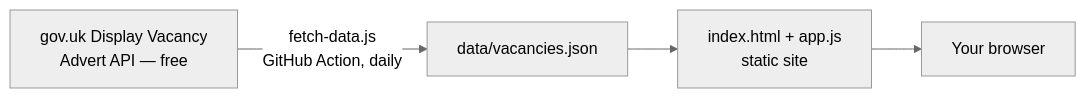
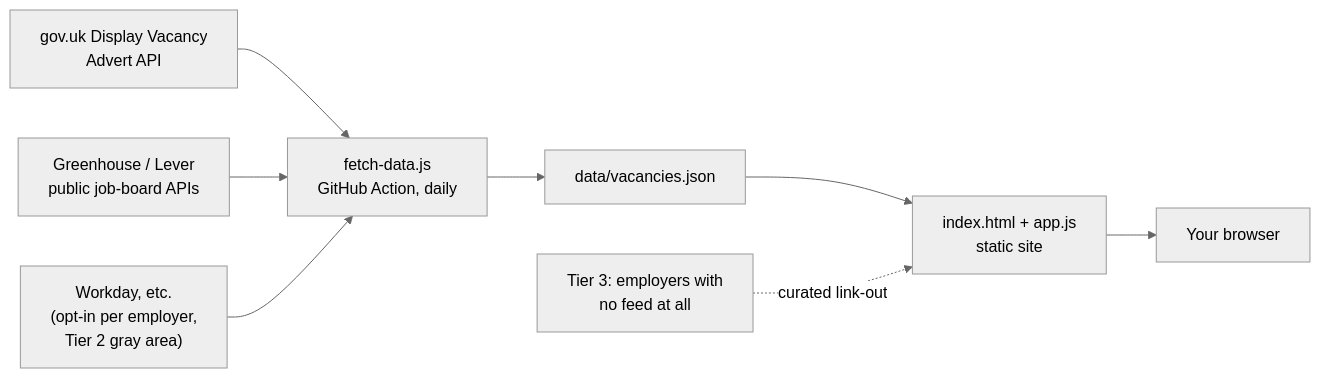
One commit to RobT8/testground changed the diagram in apprenticeship-board/README.md. Above: the diagram before and after it, drawn with Mermaid (neutral theme). The commit also changed other lines of this file and 8 other files, not shown here.

````diff
--- a/apprenticeship-board/README.md
+++ b/apprenticeship-board/README.md
@@ -30,6 +48,10 @@
 ```mermaid
 flowchart LR
-    A[gov.uk Display Vacancy\nAdvert API — free] -->|fetch-data.js\nGitHub Action, daily| B[data/vacancies.json]
+    A1[gov.uk Display Vacancy\nAdvert API] --> M[fetch-data.js\nGitHub Action, daily]
+    A2[Greenhouse / Lever\npublic job-board APIs] --> M
+    A3["Workday, etc.\n(opt-in per employer,\nTier 2 gray area)"] --> M
+    M --> B[data/vacancies.json]
     B --> C[index.html + app.js\nstatic site]
     C --> D[Your browser]
+    E["Tier 3: employers with\nno feed at all"] -.curated link-out.-> C
 ```
````
